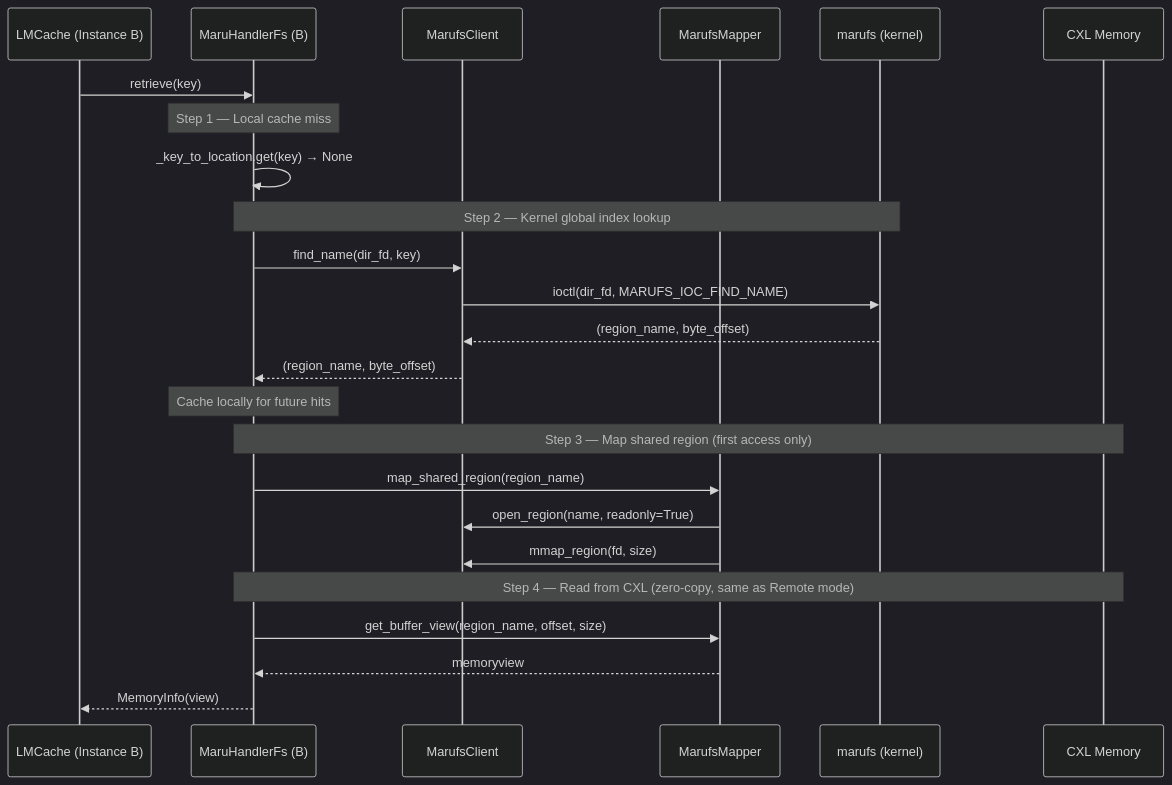
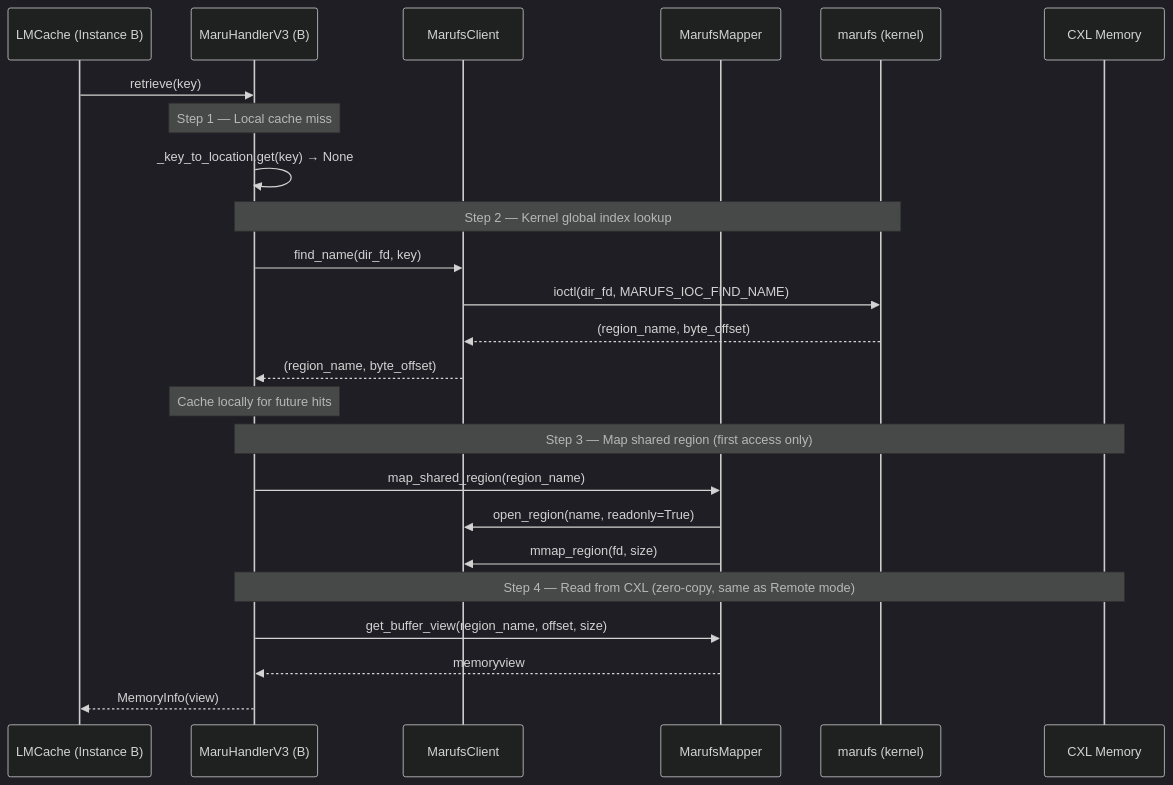
One commit to seohui-XCENA/maru changed the second of 4 diagrams in docs/source/design_doc/maru_fs.md. Above: the diagram before and after it, drawn with Mermaid (dark theme). The commit also changed other lines of this file and 30 other files, not shown here.

````diff
--- a/docs/source/design_doc/maru_fs.md
+++ b/docs/source/design_doc/maru_fs.md
@@ -123,32 +123,32 @@
 ```mermaid
 sequenceDiagram
     participant C as LMCache (Instance B)
-    participant H as MaruHandlerFs (B)
+    participant H as MaruHandlerV3 (B)
     participant XC as MarufsClient
     participant XM as MarufsMapper
     participant K as marufs (kernel)
     participant CXL as CXL Memory
 
     C->>H: retrieve(key)
 
     Note over H: Step 1 — Local cache miss
     H->>H: _key_to_location.get(key) → None
 
     Note over H,K: Step 2 — Kernel global index lookup
     H->>XC: find_name(dir_fd, key)
     XC->>K: ioctl(dir_fd, MARUFS_IOC_FIND_NAME)
     K-->>XC: (region_name, byte_offset)
     XC-->>H: (region_name, byte_offset)
 
     Note over H: Cache locally for future hits
 
     Note over H,CXL: Step 3 — Map shared region (first access only)
     H->>XM: map_shared_region(region_name)
     XM->>XC: open_region(name, readonly=True)
     XM->>XC: mmap_region(fd, size)
 
     Note over H,CXL: Step 4 — Read from CXL (zero-copy, same as Remote mode)
     H->>XM: get_buffer_view(region_name, offset, size)
     XM-->>H: memoryview
     H-->>C: MemoryInfo(view)
 ```
````
